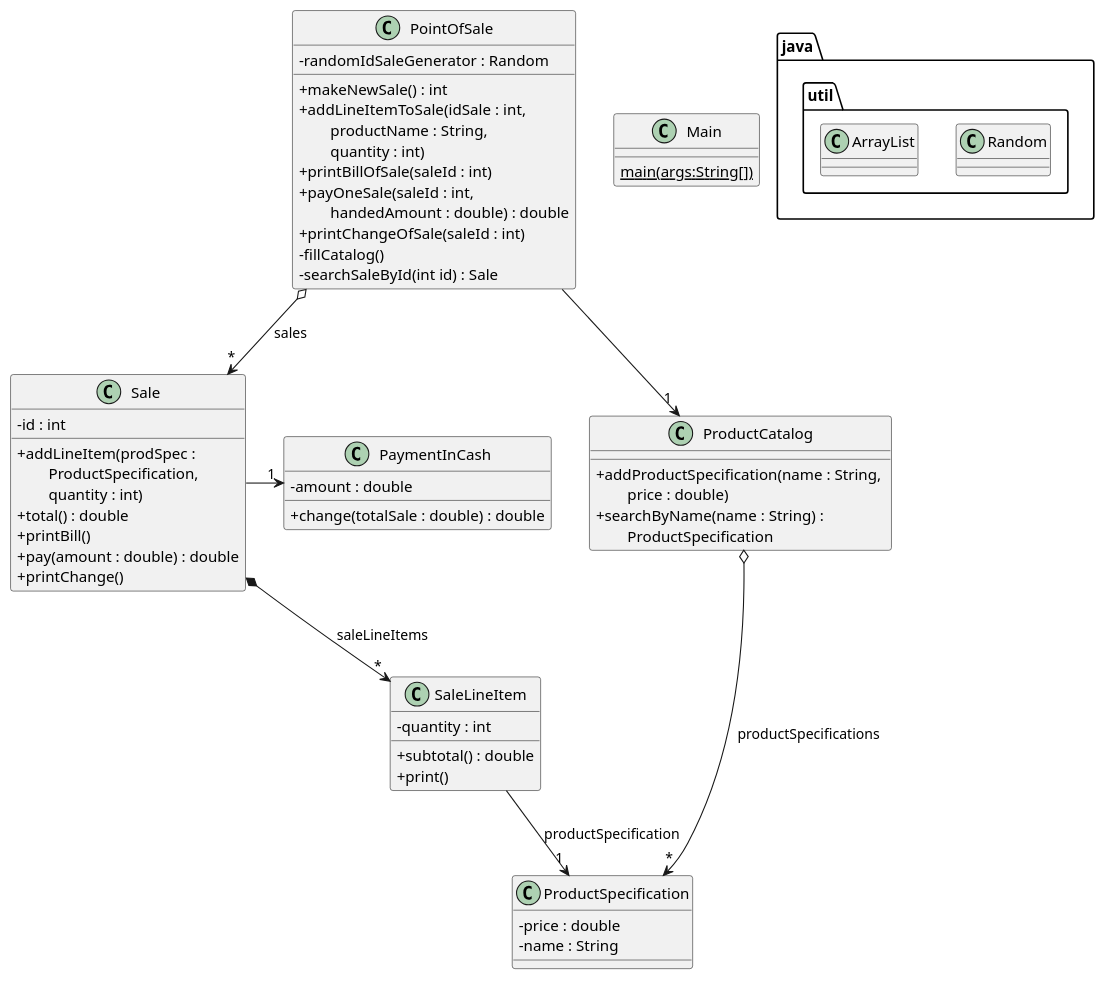
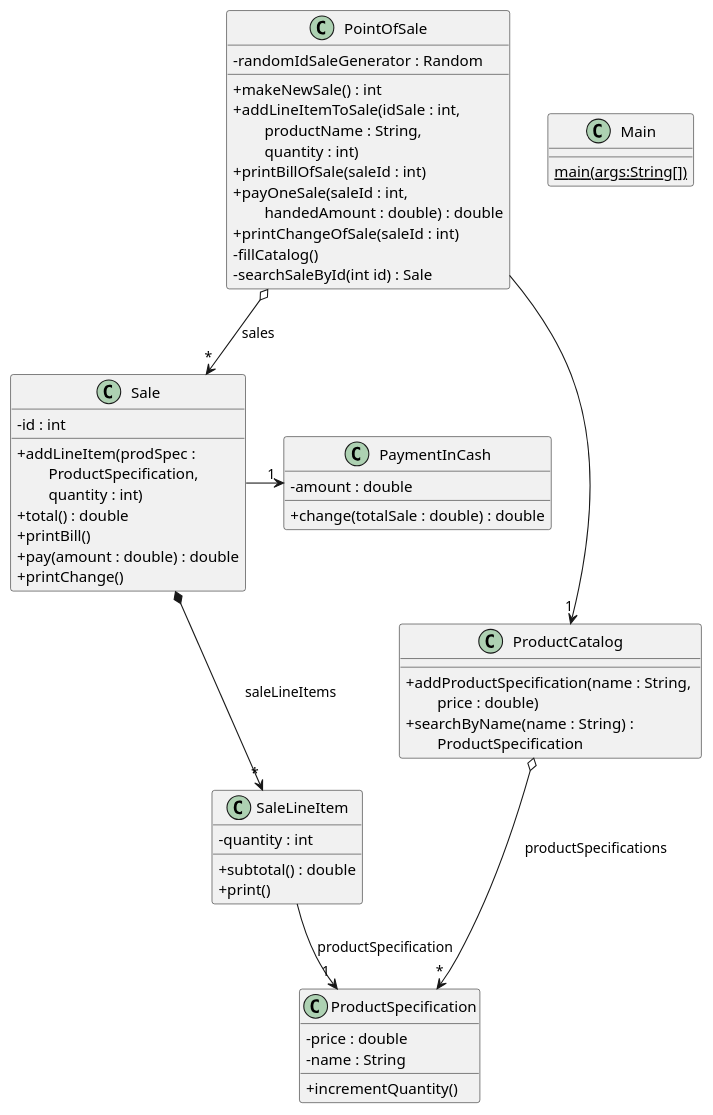
One commit to nilcamprubi/PointOfSale changed the diagram in src/pos/pos.puml. Above: the diagram before and after it, drawn with PlantUML. The commit also changed 16 other files, not shown here.

```diff
--- a/src/pos/pos.puml
+++ b/src/pos/pos.puml
@@ -1,62 +1,58 @@
 @startuml
 'https://plantuml.com/class-diagram
 skinparam classAttributeIconSize 0
 
 class Main {
 {static} main(args:String[])
-}
-
-package java.util {
-class Random
-class ArrayList
 }
 
 class PointOfSale {
 '- idLastSale : int
 - randomIdSaleGenerator : Random
 + makeNewSale() : int
 + addLineItemToSale(idSale : int, \n\tproductName : String,\n\tquantity : int)
 + printBillOfSale(saleId : int)
 + payOneSale(saleId : int, \n\thandedAmount : double) : double
 + printChangeOfSale(saleId : int)
 - fillCatalog()
 - searchSaleById(int id) : Sale
 }
 
 class ProductCatalog {
 + addProductSpecification(name : String, \n\tprice : double)
 + searchByName(name : String) : \n\tProductSpecification
 }
 
 class ProductSpecification {
 - price : double
 - name : String
++ incrementQuantity()
 }
 
 class Sale {
 - id : int
 + addLineItem(prodSpec : \n\tProductSpecification, \n\tquantity : int)
 + total() : double
 + printBill()
 + pay(amount : double) : double
 + printChange()
 }
 
 class PaymentInCash {
 - amount : double
 + change(totalSale : double) : double
 }
 
 class SaleLineItem {
 - quantity : int
 + subtotal() : double
 + print()
 }
 
 PointOfSale o--> "*" Sale : sales
 Sale *--> "*" SaleLineItem : saleLineItems
 SaleLineItem --> "1" ProductSpecification : productSpecification
 PointOfSale --> "1" ProductCatalog
 ProductCatalog o--> "*" ProductSpecification : productSpecifications
 Sale -> "1" PaymentInCash
 @enduml
```
